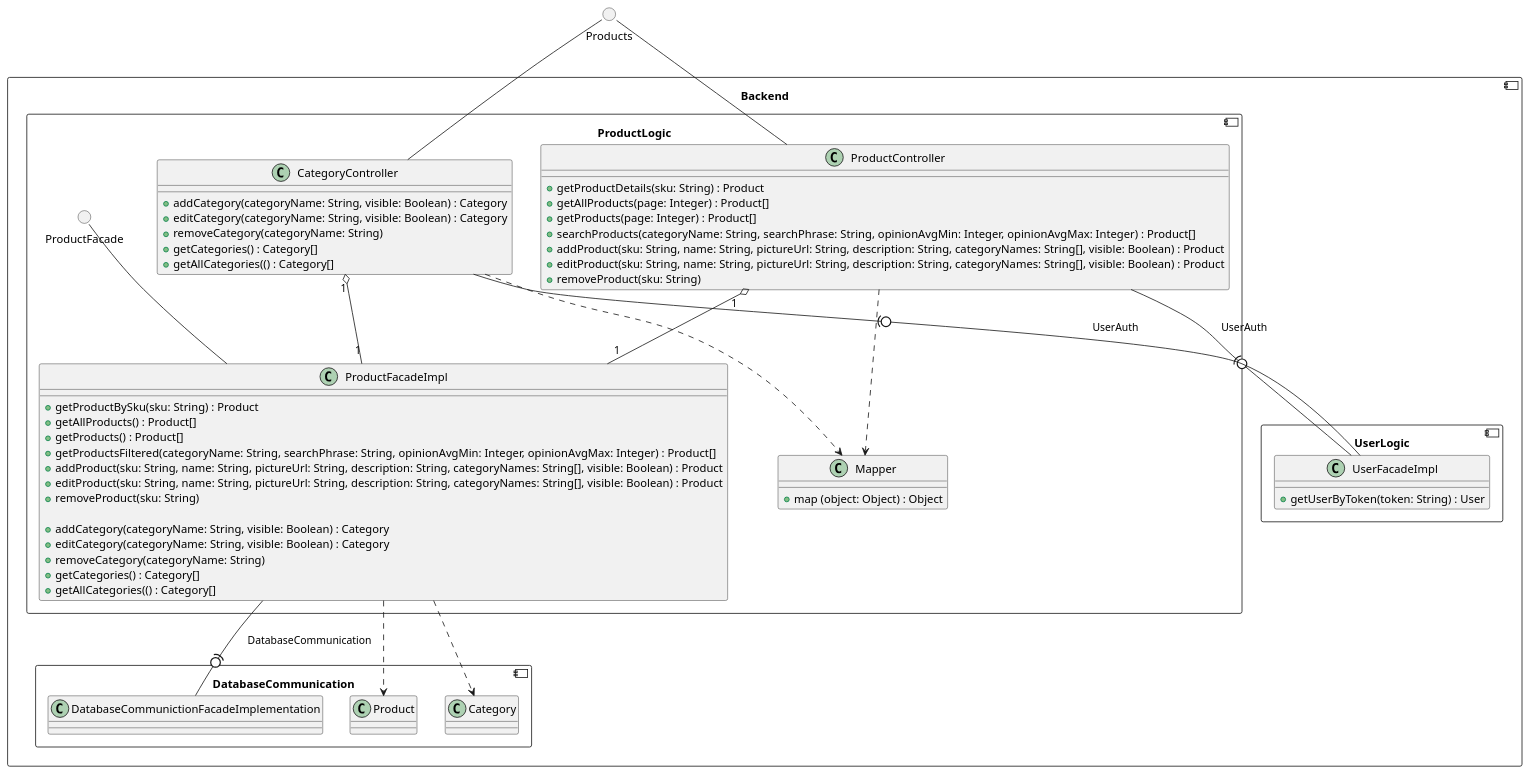
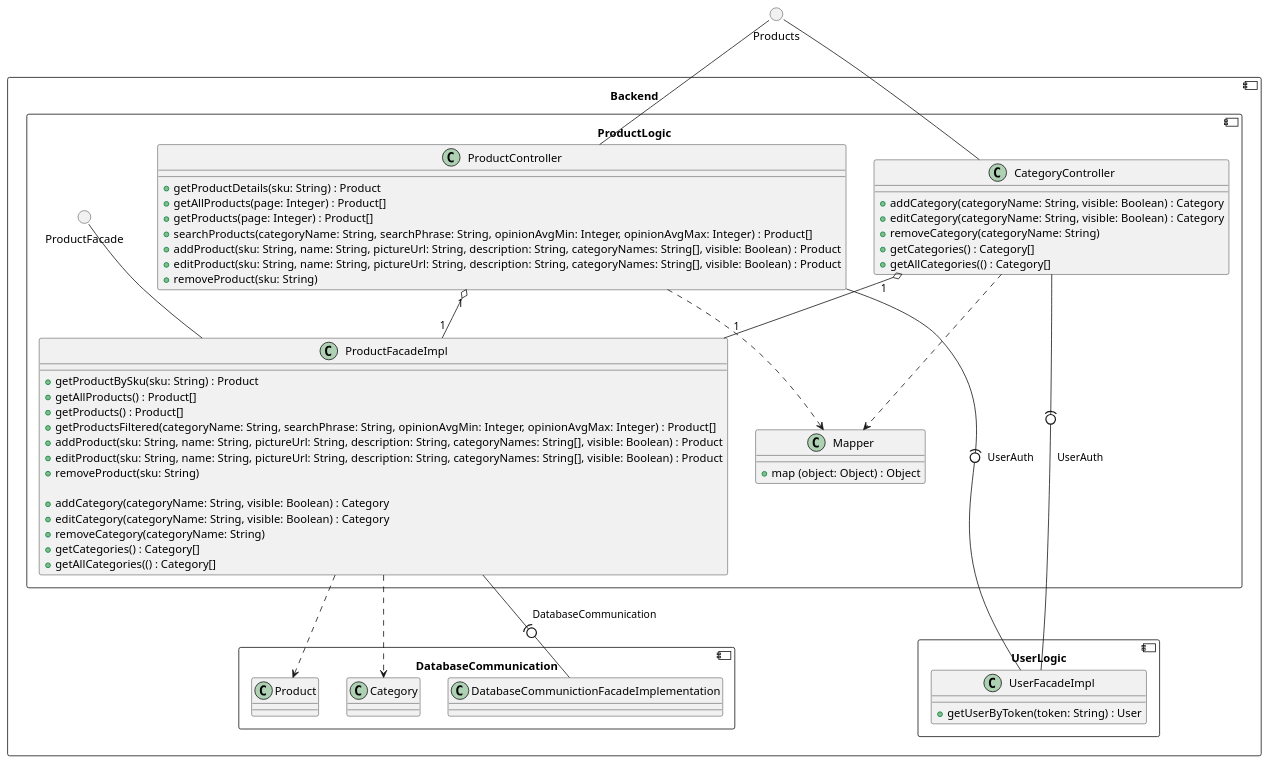
Before and after one commit to RadekBucki/OpinionCollectorArchitecture: the fourth of 17 diagrams in FullClassDiagrams.md, drawn with PlantUML. The commit also changed other lines of this file, not shown here.

````diff
--- a/FullClassDiagrams.md
+++ b/FullClassDiagrams.md
@@ -172,66 +174,66 @@
 ```plantuml
 circle Products
 component Backend {
     component ProductLogic {
         class ProductController {
             + getProductDetails(sku: String) : Product
             + getAllProducts(page: Integer) : Product[]
             + getProducts(page: Integer) : Product[]
             + searchProducts(categoryName: String, searchPhrase: String, opinionAvgMin: Integer, opinionAvgMax: Integer) : Product[]
             + addProduct(sku: String, name: String, pictureUrl: String, description: String, categoryNames: String[], visible: Boolean) : Product
             + editProduct(sku: String, name: String, pictureUrl: String, description: String, categoryNames: String[], visible: Boolean) : Product
             + removeProduct(sku: String)
         }
         class CategoryController {
             + addCategory(categoryName: String, visible: Boolean) : Category
             + editCategory(categoryName: String, visible: Boolean) : Category
             + removeCategory(categoryName: String)
             + getCategories() : Category[]
             + getAllCategories(() : Category[]
         }
         circle ProductFacade
         class ProductFacadeImpl {
             + getProductBySku(sku: String) : Product
             + getAllProducts() : Product[]
             + getProducts() : Product[]
             + getProductsFiltered(categoryName: String, searchPhrase: String, opinionAvgMin: Integer, opinionAvgMax: Integer) : Product[]
             + addProduct(sku: String, name: String, pictureUrl: String, description: String, categoryNames: String[], visible: Boolean) : Product
             + editProduct(sku: String, name: String, pictureUrl: String, description: String, categoryNames: String[], visible: Boolean) : Product
             + removeProduct(sku: String)
             
             + addCategory(categoryName: String, visible: Boolean) : Category
             + editCategory(categoryName: String, visible: Boolean) : Category
             + removeCategory(categoryName: String)
             + getCategories() : Category[]
             + getAllCategories(() : Category[]
         }
         ProductFacade -- ProductFacadeImpl
         CategoryController "1" o-- "1" ProductFacadeImpl
         ProductController  "1" o-- "1" ProductFacadeImpl
         Products -- ProductController
         Products -- CategoryController
         
         class Mapper {
             +map (object: Object) : Object
         }
         CategoryController ..> Mapper
         ProductController  ..> Mapper
     }
     component DatabaseCommunication {
         class DatabaseCommunictionFacadeImplementation
         class Product
         class Category
     }
     ProductFacadeImpl -(0- DatabaseCommunictionFacadeImplementation : DatabaseCommunication
     ProductFacadeImpl ..>  Product
     ProductFacadeImpl ..>  Category
     
     component UserLogic {
         class UserFacadeImpl {
             + getUserByToken(token: String) : User
         }
     }
-    ProductController -(0- UserFacadeImpl  : UserAuth
-    CategoryController -(0- UserFacadeImpl : UserAuth
+    ProductController  -(0-- UserFacadeImpl  : UserAuth
+    CategoryController -(0-- UserFacadeImpl : UserAuth
 }
 ```
````
